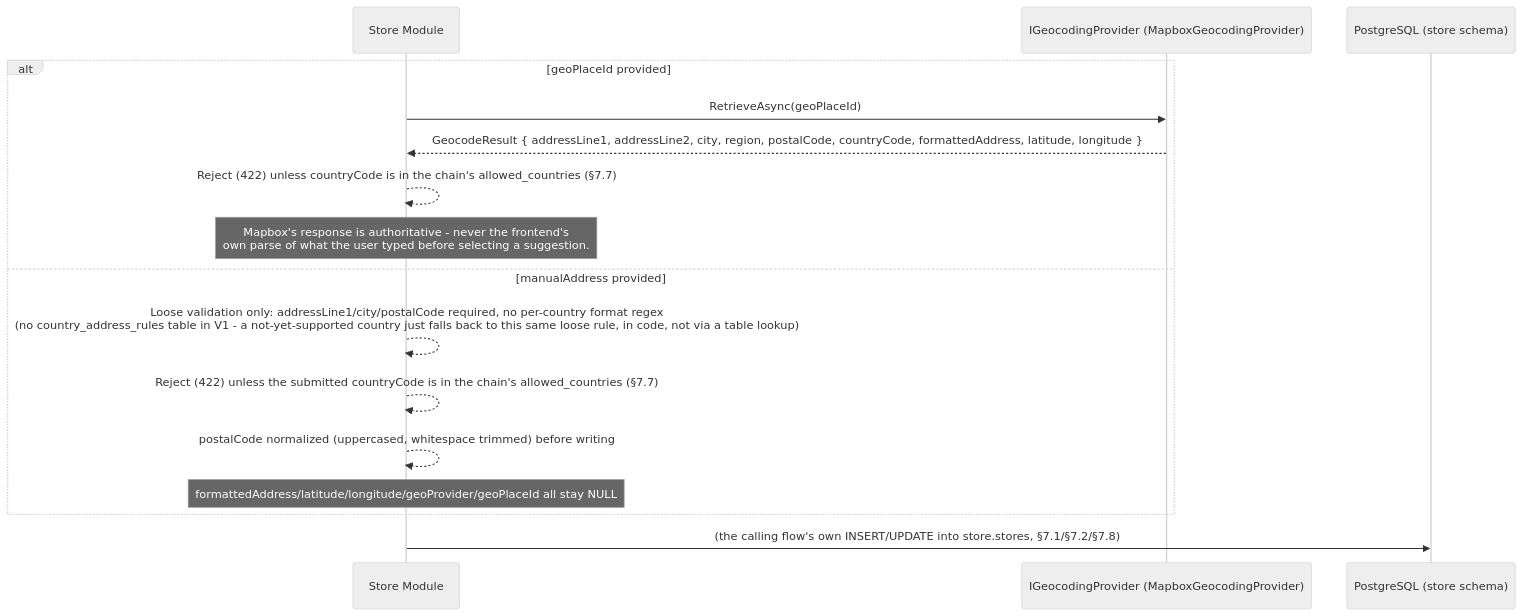
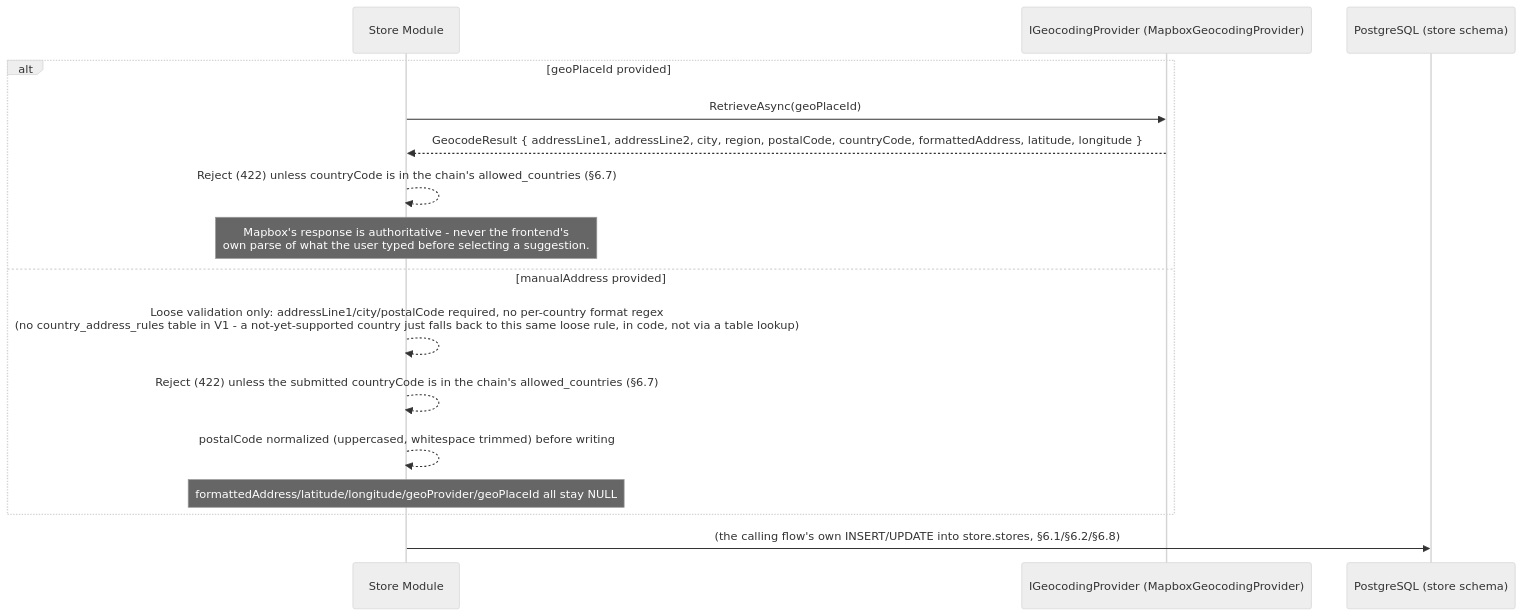
One commit to szhanggit/appointmentsystemdesign changed the first of 10 diagrams in usercasestudy/growayshop-registration-workflow.md. Above: the diagram before and after it, drawn with Mermaid (neutral theme). The commit also changed other lines of this file and 4 other files, not shown here.

````diff
--- a/usercasestudy/growayshop-registration-workflow.md
+++ b/usercasestudy/growayshop-registration-workflow.md
@@ -90,19 +90,19 @@
 ```mermaid
 sequenceDiagram
     participant SM as Store Module
     participant GEO as IGeocodingProvider (MapboxGeocodingProvider)
     participant DB as PostgreSQL (store schema)
 
     alt geoPlaceId provided
         SM->>GEO: RetrieveAsync(geoPlaceId)
         GEO-->>SM: GeocodeResult { addressLine1, addressLine2, city, region, postalCode, countryCode, formattedAddress, latitude, longitude }
-        SM-->>SM: Reject (422) unless countryCode is in the chain's allowed_countries (§7.7)
+        SM-->>SM: Reject (422) unless countryCode is in the chain's allowed_countries (§6.7)
         Note over SM: Mapbox's response is authoritative - never the frontend's<br/>own parse of what the user typed before selecting a suggestion.
     else manualAddress provided
         SM-->>SM: Loose validation only: addressLine1/city/postalCode required, no per-country format regex<br/>(no country_address_rules table in V1 - a not-yet-supported country just falls back to this same loose rule, in code, not via a table lookup)
-        SM-->>SM: Reject (422) unless the submitted countryCode is in the chain's allowed_countries (§7.7)
+        SM-->>SM: Reject (422) unless the submitted countryCode is in the chain's allowed_countries (§6.7)
         SM-->>SM: postalCode normalized (uppercased, whitespace trimmed) before writing
         Note over SM: formattedAddress/latitude/longitude/geoProvider/geoPlaceId all stay NULL
     end
-    SM->>DB: (the calling flow's own INSERT/UPDATE into store.stores, §7.1/§7.2/§7.8)
+    SM->>DB: (the calling flow's own INSERT/UPDATE into store.stores, §6.1/§6.2/§6.8)
 ```
````
